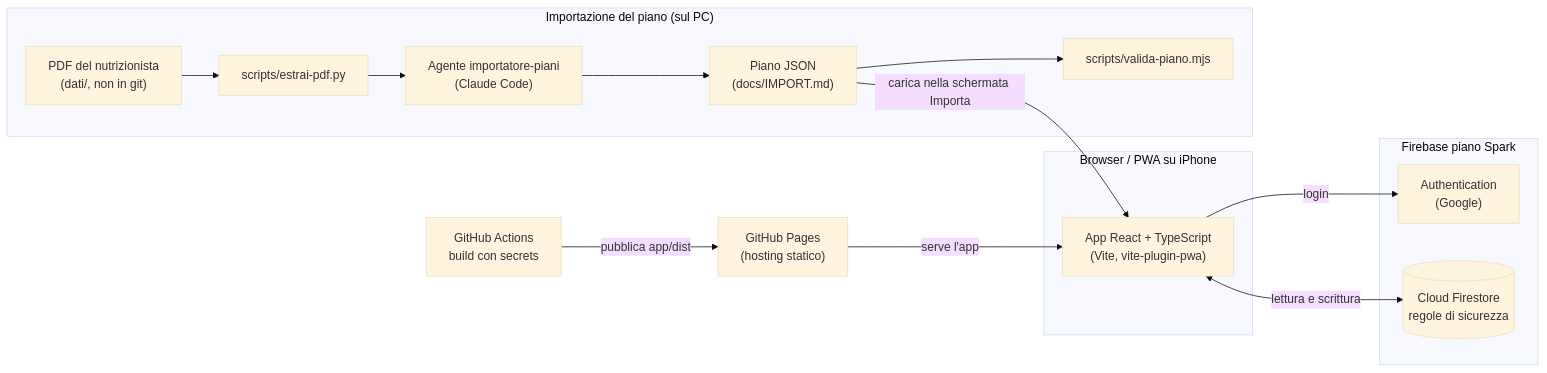
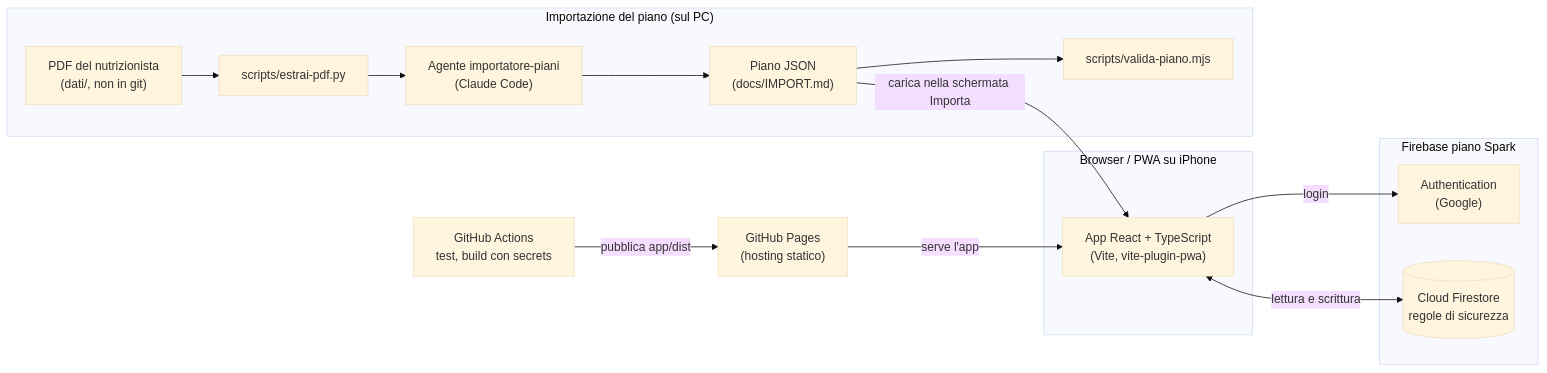
One commit to PZero/PianoAlimentare changed the diagram in README.md. Above: the diagram before and after it, drawn with Mermaid (base theme). The commit also changed other lines of this file, not shown here.

First line of the commit message:
docs: README completo con interfaccia editoriale, modalità demo e test

````diff
--- a/README.md
+++ b/README.md
@@ -98,29 +102,29 @@
 ```mermaid
 flowchart LR
     subgraph Browser["Browser / PWA su iPhone"]
         APP["App React + TypeScript<br/>(Vite, vite-plugin-pwa)"]
     end
 
     subgraph Firebase["Firebase piano Spark"]
         AUTH["Authentication<br/>(Google)"]
         FS[("Cloud Firestore<br/>regole di sicurezza")]
     end
 
     GHP["GitHub Pages<br/>(hosting statico)"]
-    CI["GitHub Actions<br/>build con secrets"]
+    CI["GitHub Actions<br/>test, build con secrets"]
 
     subgraph Locale["Importazione del piano (sul PC)"]
         PDF["PDF del nutrizionista<br/>(dati/, non in git)"]
         EST["scripts/estrai-pdf.py"]
         AG["Agente importatore-piani<br/>(Claude Code)"]
         VAL["scripts/valida-piano.mjs"]
         JSON["Piano JSON<br/>(docs/IMPORT.md)"]
     end
 
     CI -->|pubblica app/dist| GHP
     GHP -->|serve l'app| APP
     APP -->|login| AUTH
     APP <-->|lettura e scrittura| FS
     PDF --> EST --> AG --> JSON --> VAL
     JSON -->|carica nella schermata Importa| APP
 ```
````
